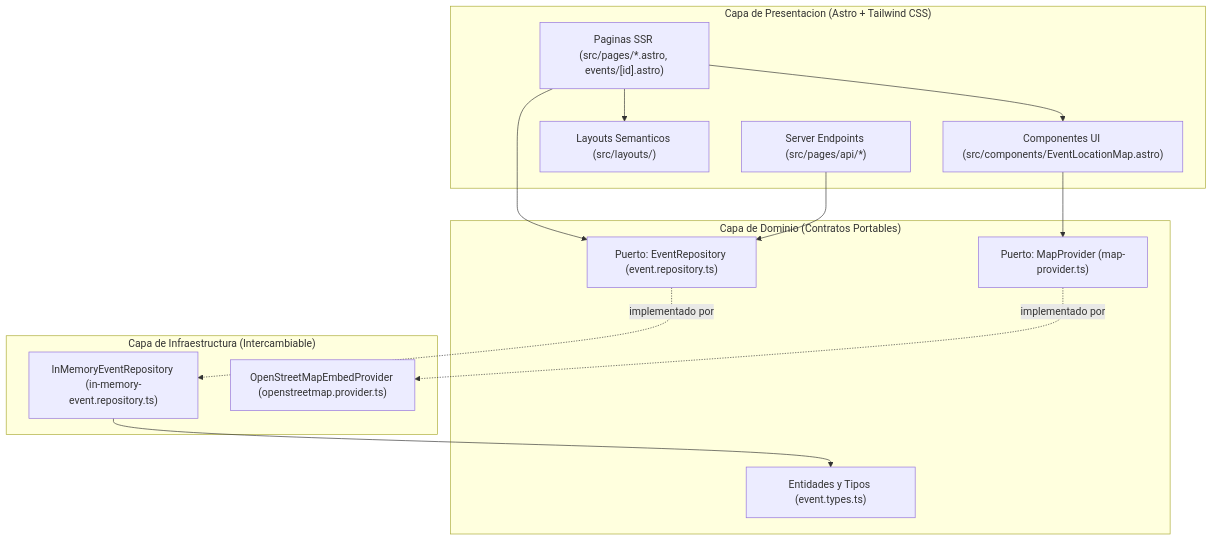
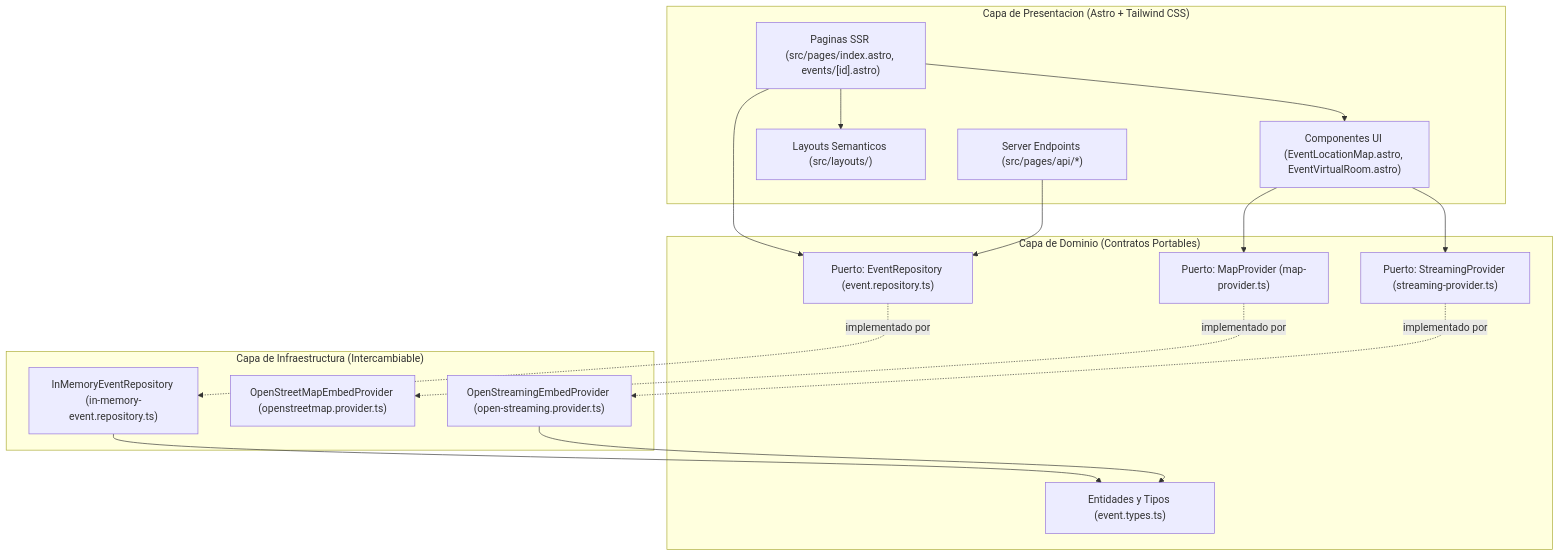
The diagram in docs/architecture/overview.md (dezkareid/eventify), drawn with Mermaid before and after one commit. The commit also changed other lines of this file and 13 other files, not shown here.

Commit message:
feat(web): add virtual event room with portable StreamingProvider and facade embed

````diff
--- a/docs/architecture/overview.md
+++ b/docs/architecture/overview.md
@@ -27,29 +27,34 @@
 ```mermaid
 flowchart TB
     subgraph UI["Capa de Presentacion (Astro + Tailwind CSS)"]
-        Pages["Paginas SSR (src/pages/*.astro, events/[id].astro)"]
-        Components["Componentes UI (src/components/EventLocationMap.astro)"]
+        Pages["Paginas SSR (src/pages/index.astro, events/[id].astro)"]
+        Components["Componentes UI (EventLocationMap.astro, EventVirtualRoom.astro)"]
         Layouts["Layouts Semanticos (src/layouts/)"]
         API["Server Endpoints (src/pages/api/*)"]
     end
 
     subgraph Domain["Capa de Dominio (Contratos Portables)"]
         Types["Entidades y Tipos (event.types.ts)"]
         RepoPort["Puerto: EventRepository (event.repository.ts)"]
         MapPort["Puerto: MapProvider (map-provider.ts)"]
+        StreamPort["Puerto: StreamingProvider (streaming-provider.ts)"]
     end
 
     subgraph Infra["Capa de Infraestructura (Intercambiable)"]
         InMem["InMemoryEventRepository (in-memory-event.repository.ts)"]
         MapAdapters["OpenStreetMapEmbedProvider (openstreetmap.provider.ts)"]
+        StreamAdapters["OpenStreamingEmbedProvider (open-streaming.provider.ts)"]
     end
 
     Pages --> Layouts
     Pages --> Components
     Pages --> RepoPort
     Components --> MapPort
+    Components --> StreamPort
     API --> RepoPort
     RepoPort -. "implementado por" .-> InMem
     MapPort -. "implementado por" .-> MapAdapters
+    StreamPort -. "implementado por" .-> StreamAdapters
     InMem --> Types
+    StreamAdapters --> Types
 ```
````
